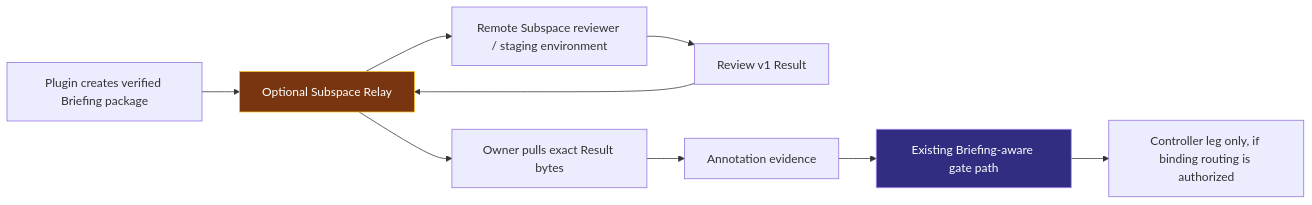
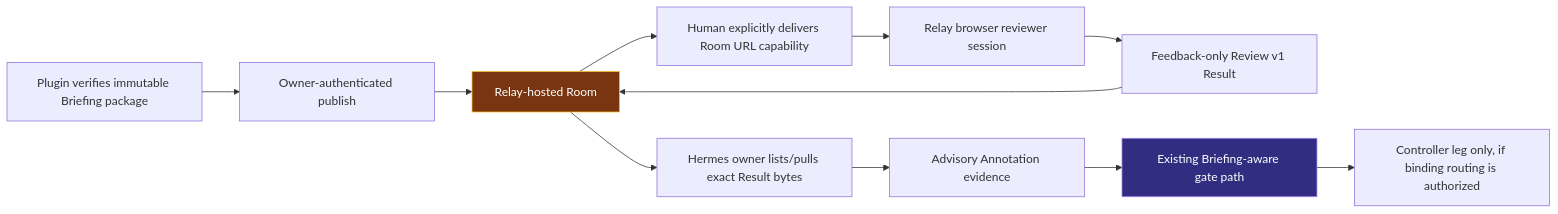
The sixth of 6 diagrams in docs/architecture.md (quinn-code-agent/subspace-review-gate), drawn with Mermaid before and after one commit. The commit also changed other lines of this file and 12 other files, not shown here.

First line of the commit message:
feat(relay): add private owner client for Review Rooms

````diff
--- a/docs/architecture.md
+++ b/docs/architecture.md
@@ -170,14 +175,16 @@
 ```mermaid
 flowchart LR
-    A[Plugin creates verified Briefing package] --> R[Optional Subspace Relay]
-    R --> V[Remote Subspace reviewer / staging environment]
-    V --> X[Review v1 Result]
+    A[Plugin verifies immutable Briefing package] --> P[Owner-authenticated publish]
+    P --> R[Relay-hosted Room]
+    R --> C[Human explicitly delivers Room URL capability]
+    C --> V[Relay browser reviewer session]
+    V --> X[Feedback-only Review v1 Result]
     X --> R
-    R --> O[Owner pulls exact Result bytes]
-    O --> E[Annotation evidence]
+    R --> O[Hermes owner lists/pulls exact Result bytes]
+    O --> E[Advisory Annotation evidence]
     E --> G[Existing Briefing-aware gate path]
     G --> L[Controller leg only, if binding routing is authorized]
 
     style R fill:#78350f,stroke:#fbbf24,color:#fff
     style G fill:#312e81,stroke:#a78bfa,color:#fff
 ```
````
